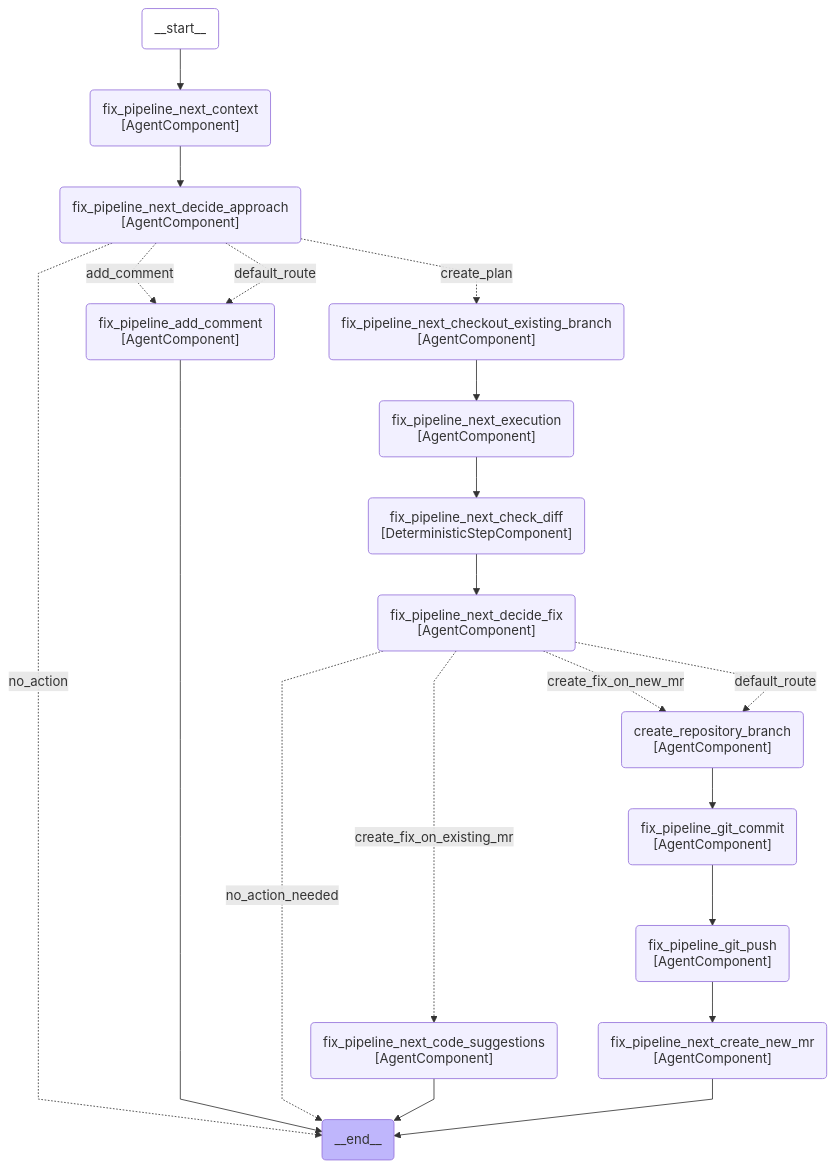
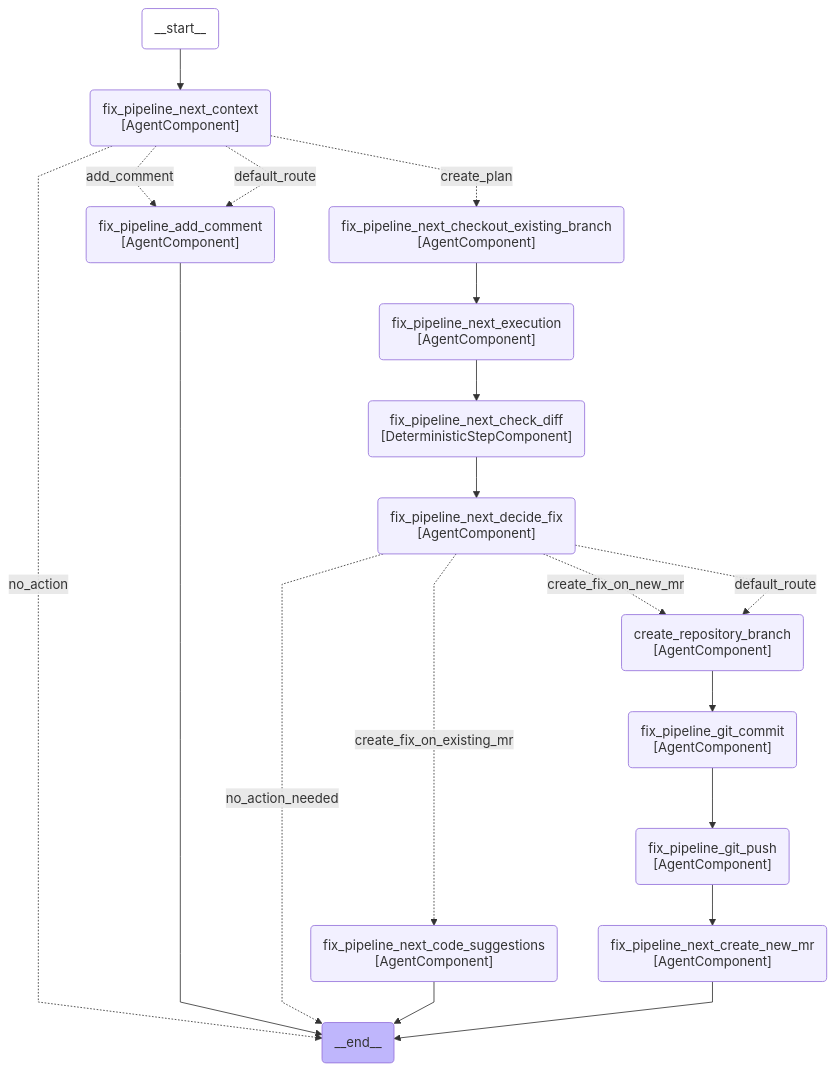
One commit to movax01h/ai-gateway changed diagram 16 of 23 in docs/duo_workflow_service_graphs.md. Above: the diagram before and after it, drawn with Mermaid. The commit also changed 7 other files, not shown here.

Commit message:
fix: merge fix_pipeline_next decide_approach into context agent

````diff
--- a/docs/duo_workflow_service_graphs.md
+++ b/docs/duo_workflow_service_graphs.md
@@ -463,44 +463,42 @@
 ```mermaid
 ---
 config:
     flowchart:
         curve: linear
 ---
 graph TD;
     __start__(__start__):::first;
     __end__(__end__):::last;
     __start__ --> fix_pipeline_next_context;
     fix_pipeline_next_context(fix_pipeline_next_context<br>#91;AgentComponent#93;);
-    fix_pipeline_next_decide_approach(fix_pipeline_next_decide_approach<br>#91;AgentComponent#93;);
     fix_pipeline_next_decide_fix(fix_pipeline_next_decide_fix<br>#91;AgentComponent#93;);
     fix_pipeline_next_code_suggestions(fix_pipeline_next_code_suggestions<br>#91;AgentComponent#93;);
     fix_pipeline_add_comment(fix_pipeline_add_comment<br>#91;AgentComponent#93;);
     create_repository_branch(create_repository_branch<br>#91;AgentComponent#93;);
     fix_pipeline_next_checkout_existing_branch(fix_pipeline_next_checkout_existing_branch<br>#91;AgentComponent#93;);
     fix_pipeline_next_check_diff(fix_pipeline_next_check_diff<br>#91;DeterministicStepComponent#93;);
     fix_pipeline_next_execution(fix_pipeline_next_execution<br>#91;AgentComponent#93;);
     fix_pipeline_git_commit(fix_pipeline_git_commit<br>#91;AgentComponent#93;);
     fix_pipeline_git_push(fix_pipeline_git_push<br>#91;AgentComponent#93;);
     fix_pipeline_next_create_new_mr(fix_pipeline_next_create_new_mr<br>#91;AgentComponent#93;);
-    fix_pipeline_next_context --> fix_pipeline_next_decide_approach;
-    fix_pipeline_next_decide_approach -.->|add_comment| fix_pipeline_add_comment;
-    fix_pipeline_next_decide_approach -.->|create_plan| fix_pipeline_next_checkout_existing_branch;
-    fix_pipeline_next_decide_approach -.->|no_action| __end__;
-    fix_pipeline_next_decide_approach -.->|default_route| fix_pipeline_add_comment;
+    fix_pipeline_next_context -.->|add_comment| fix_pipeline_add_comment;
+    fix_pipeline_next_context -.->|create_plan| fix_pipeline_next_checkout_existing_branch;
+    fix_pipeline_next_context -.->|no_action| __end__;
+    fix_pipeline_next_context -.->|default_route| fix_pipeline_add_comment;
     fix_pipeline_next_checkout_existing_branch --> fix_pipeline_next_execution;
     fix_pipeline_add_comment --> __end__;
     fix_pipeline_next_execution --> fix_pipeline_next_check_diff;
     fix_pipeline_next_check_diff --> fix_pipeline_next_decide_fix;
     fix_pipeline_next_decide_fix -.->|create_fix_on_existing_mr| fix_pipeline_next_code_suggestions;
     fix_pipeline_next_decide_fix -.->|create_fix_on_new_mr| create_repository_branch;
     fix_pipeline_next_decide_fix -.->|no_action_needed| __end__;
     fix_pipeline_next_decide_fix -.->|default_route| create_repository_branch;
     fix_pipeline_next_code_suggestions --> __end__;
     create_repository_branch --> fix_pipeline_git_commit;
     fix_pipeline_git_commit --> fix_pipeline_git_push;
     fix_pipeline_git_push --> fix_pipeline_next_create_new_mr;
     fix_pipeline_next_create_new_mr --> __end__;
     classDef default fill:#f2f0ff,line-height:1.2;
     classDef first fill-opacity:0;
     classDef last fill:#bfb6fc;
 ```
````
